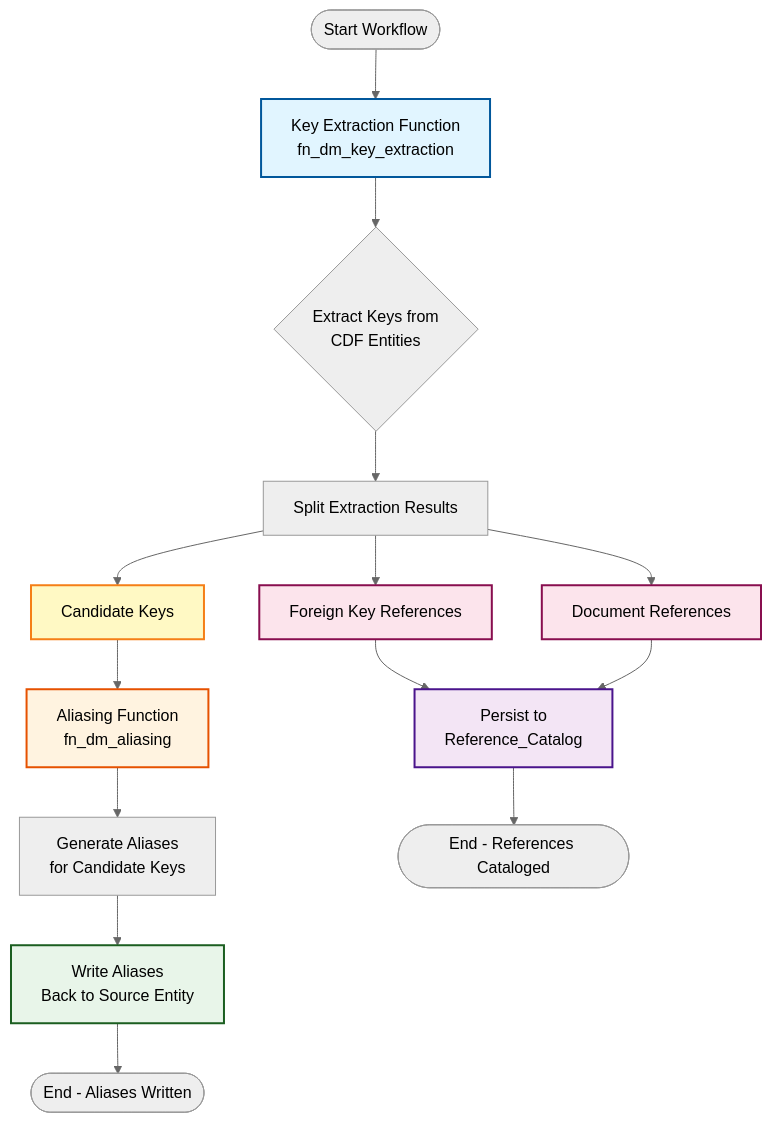
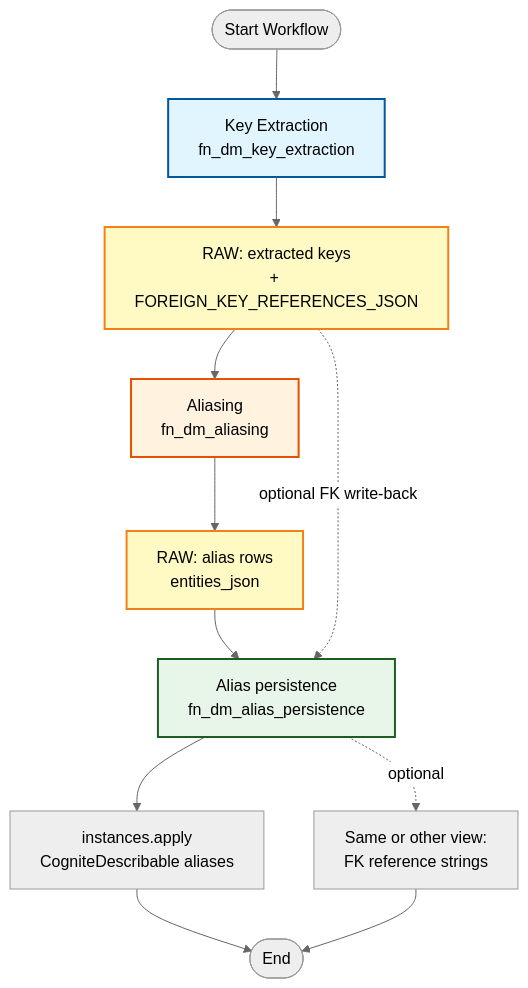
Before and after one commit to cognitedata/library: the diagram in modules/accelerators/contextualization/cdf_key_extraction_aliasing/workflows/workflow_diagram.md, drawn with Mermaid (neutral theme). The commit also changed other lines of this file and 15 other files, not shown here.

````diff
--- a/modules/accelerators/contextualization/cdf_key_extraction_aliasing/workflows/workflow_diagram.md
+++ b/modules/accelerators/contextualization/cdf_key_extraction_aliasing/workflows/workflow_diagram.md
@@ -9,32 +9,27 @@
 ```mermaid
 graph TD
-    Start([Start Workflow]) --> KeyExtraction[Key Extraction Function<br/>fn_dm_key_extraction]
+    Start([Start Workflow]) --> KeyExtraction[Key Extraction<br/>fn_dm_key_extraction]
 
-    KeyExtraction --> ExtractResults{Extract Keys from<br/>CDF Entities}
+    KeyExtraction --> RawKeys[RAW: extracted keys<br/>+ FOREIGN_KEY_REFERENCES_JSON]
 
-    ExtractResults --> SplitResults[Split Extraction Results]
+    RawKeys --> Aliasing[Aliasing<br/>fn_dm_aliasing]
 
-    SplitResults --> CandidateKeys[Candidate Keys]
-    SplitResults --> ForeignKeys[Foreign Key References]
-    SplitResults --> DocRefs[Document References]
+    Aliasing --> RawAliases[RAW: alias rows<br/>entities_json]
 
-    CandidateKeys --> Aliasing[Aliasing Function<br/>fn_dm_aliasing]
+    RawAliases --> Persistence[Alias persistence<br/>fn_dm_alias_persistence]
 
-    Aliasing --> GenerateAliases[Generate Aliases<br/>for Candidate Keys]
+    RawKeys -. optional FK write-back .-> Persistence
 
-    GenerateAliases --> WriteAliases[Write Aliases<br/>Back to Source Entity]
+    Persistence --> DM[instances.apply<br/>CogniteDescribable aliases]
 
-    ForeignKeys --> ReferenceCatalog[Persist to<br/>Reference_Catalog]
-    DocRefs --> ReferenceCatalog
+    Persistence -. optional .-> DMFK[Same or other view:<br/>FK reference strings]
 
-    WriteAliases --> End1([End - Aliases Written])
-    ReferenceCatalog --> End2([End - References Cataloged])
+    DM --> End([End])
+    DMFK --> End
 
     style KeyExtraction fill:#e1f5ff,stroke:#01579b,stroke-width:2px
     style Aliasing fill:#fff3e0,stroke:#e65100,stroke-width:2px
-    style WriteAliases fill:#e8f5e9,stroke:#1b5e20,stroke-width:2px
-    style ReferenceCatalog fill:#f3e5f5,stroke:#4a148c,stroke-width:2px
-    style CandidateKeys fill:#fff9c4,stroke:#f57f17,stroke-width:2px
-    style ForeignKeys fill:#fce4ec,stroke:#880e4f,stroke-width:2px
-    style DocRefs fill:#fce4ec,stroke:#880e4f,stroke-width:2px
+    style Persistence fill:#e8f5e9,stroke:#1b5e20,stroke-width:2px
+    style RawKeys fill:#fff9c4,stroke:#f57f17,stroke-width:2px
+    style RawAliases fill:#fff9c4,stroke:#f57f17,stroke-width:2px
 ```
````
